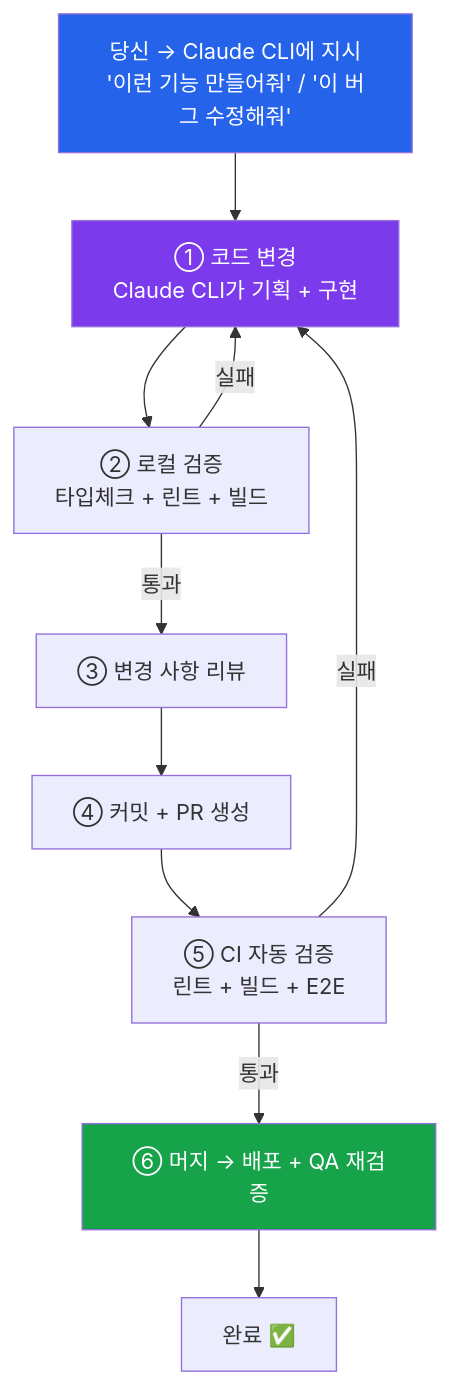
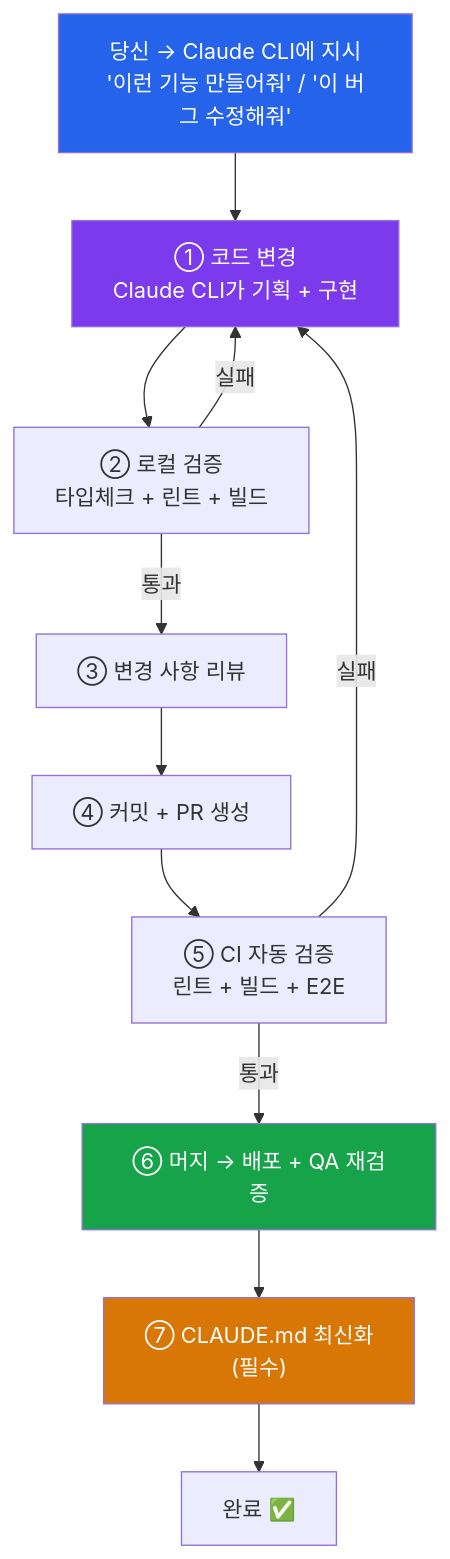
One commit to xzawed/ArcanaInsight changed the third of 6 diagrams in docs/operation-guide.md. Above: the diagram before and after it, drawn with Mermaid. The commit also changed other lines of this file and 3 other files, not shown here.

````diff
--- a/docs/operation-guide.md
+++ b/docs/operation-guide.md
@@ -69,17 +69,19 @@
 ```mermaid
 flowchart TD
     지시["당신 → Claude CLI에 지시<br/>'이런 기능 만들어줘' / '이 버그 수정해줘'"]
     지시 --> 구현["① 코드 변경<br/>Claude CLI가 기획 + 구현"]
     구현 --> 검증["② 로컬 검증<br/>타입체크 + 린트 + 빌드"]
     검증 -->|실패| 구현
     검증 -->|통과| 리뷰["③ 변경 사항 리뷰"]
     리뷰 --> PR["④ 커밋 + PR 생성"]
     PR --> CI["⑤ CI 자동 검증<br/>린트 + 빌드 + E2E"]
     CI -->|실패| 구현
     CI -->|통과| 배포["⑥ 머지 → 배포 + QA 재검증"]
-    배포 --> 완료["완료 ✅"]
+    배포 --> 문서["⑦ CLAUDE.md 최신화<br/>(필수)"]
+    문서 --> 완료["완료 ✅"]
 
     style 지시 fill:#2563eb,color:#fff
     style 구현 fill:#7c3aed,color:#fff
     style 배포 fill:#16a34a,color:#fff
+    style 문서 fill:#d97706,color:#fff
 ```
````
